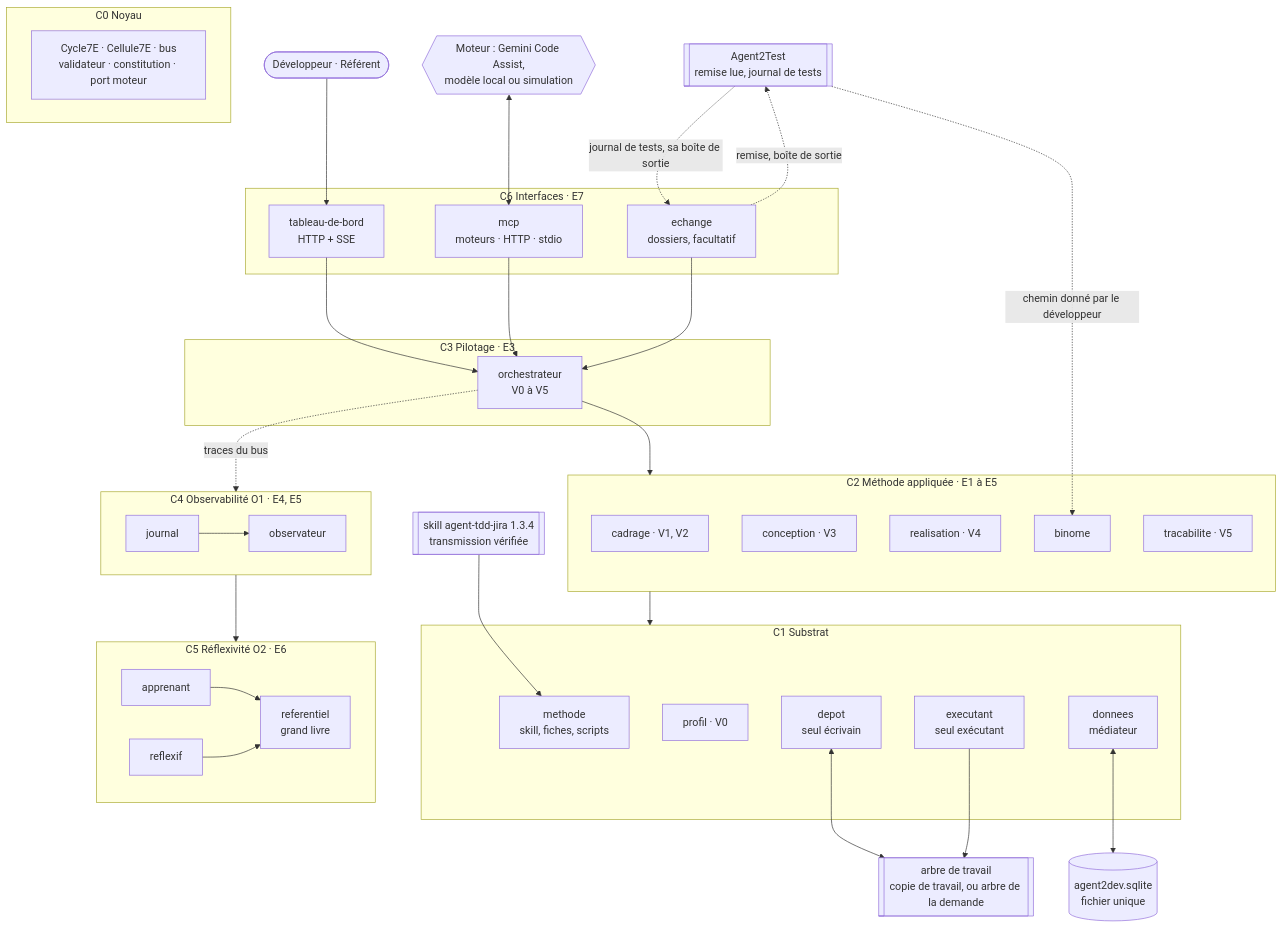
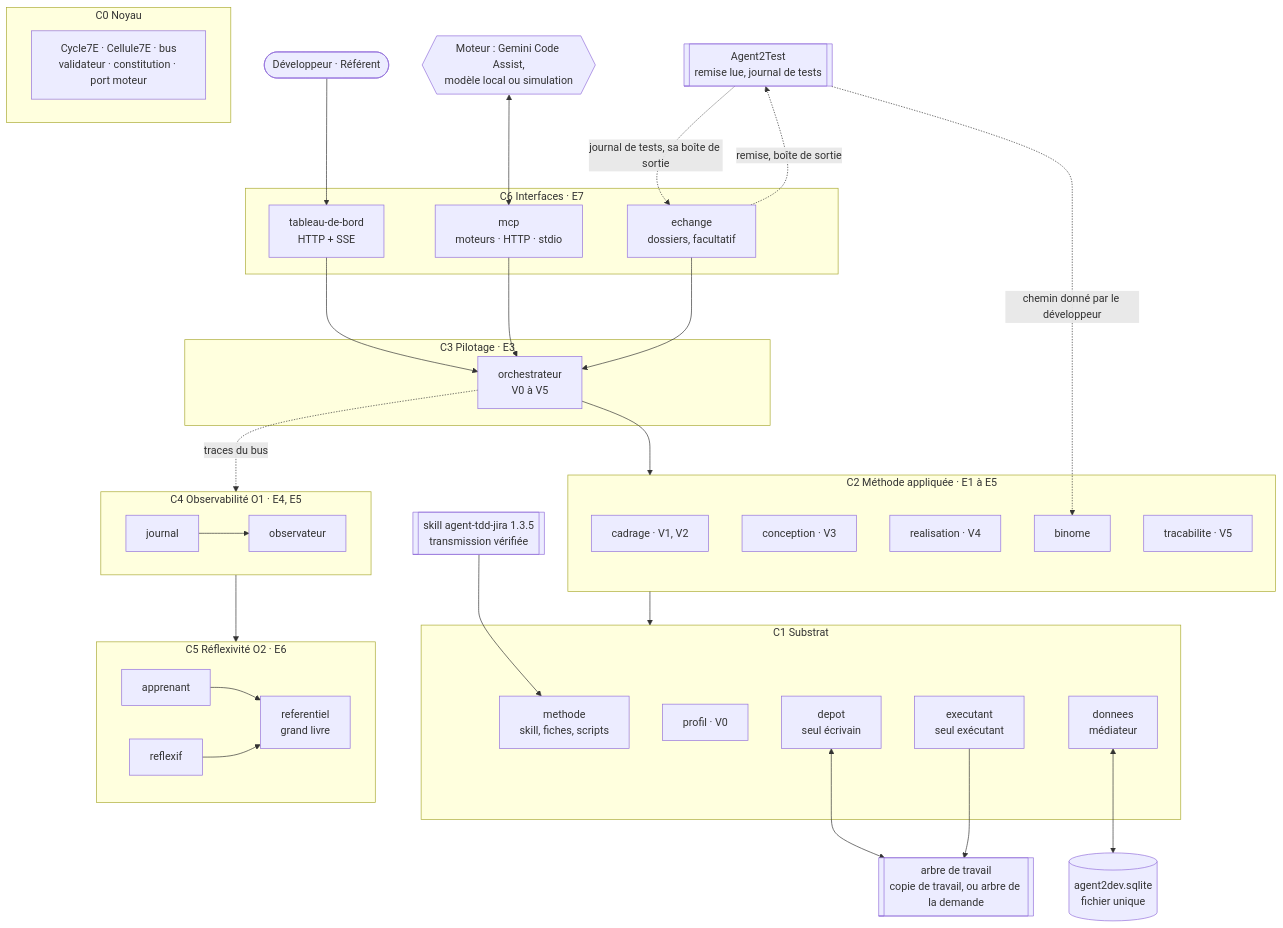
One commit to FredGarcia/Agent2Prompt changed the diagram in specs/agent2dev/SKILL.md. Above: the diagram before and after it, drawn with Mermaid. The commit also changed other lines of this file and 84 other files, not shown here.

````diff
--- a/specs/agent2dev/SKILL.md
+++ b/specs/agent2dev/SKILL.md
@@ -69,57 +69,57 @@
 ```mermaid
 flowchart TB
   DEV(["Développeur · Référent"])
   GEM{{"Moteur : Gemini Code Assist,<br/>modèle local ou simulation"}}
-  SK[["skill agent-tdd-jira 1.3.4<br/>transmission vérifiée"]]
+  SK[["skill agent-tdd-jira 1.3.5<br/>transmission vérifiée"]]
   A2T[["Agent2Test<br/>remise lue, journal de tests"]]
   subgraph C6["C6 Interfaces · E7"]
     TDB["tableau-de-bord<br/>HTTP + SSE"]
     MCP["mcp<br/>moteurs · HTTP · stdio"]
     ECH["echange<br/>dossiers, facultatif"]
   end
   subgraph C3["C3 Pilotage · E3"]
     ORC["orchestrateur<br/>V0 à V5"]
   end
   subgraph C2["C2 Méthode appliquée · E1 à E5"]
     CAD["cadrage · V1, V2"]
     CON["conception · V3"]
     REA["realisation · V4"]
     BIN["binome"]
     TRA["tracabilite · V5"]
   end
   subgraph C1["C1 Substrat"]
     MET["methode<br/>skill, fiches, scripts"]
     PRO["profil · V0"]
     DEP["depot<br/>seul écrivain"]
     EXE["executant<br/>seul exécutant"]
     DON["donnees<br/>médiateur"]
   end
   subgraph C0["C0 Noyau"]
     K["Cycle7E · Cellule7E · bus<br/>validateur · constitution · port moteur"]
   end
   subgraph C4["C4 Observabilité O1 · E4, E5"]
     JRN["journal"] --> OBS["observateur"]
   end
   subgraph C5["C5 Réflexivité O2 · E6"]
     APP["apprenant"] --> REF["referentiel<br/>grand livre"]
     RFX["reflexif"] --> REF
   end
   PROJ[["arbre de travail<br/>copie de travail, ou arbre de la demande"]]
   BDD[("agent2dev.sqlite<br/>fichier unique")]
   DEV --> TDB
   GEM <--> MCP
   TDB --> ORC
   MCP --> ORC
   ECH --> ORC
   ORC --> C2
   C2 --> C1
   SK --> MET
   A2T -.->|"chemin donné par le développeur"| BIN
   ECH -.->|"remise, boîte de sortie"| A2T
   A2T -.->|"journal de tests, sa boîte de sortie"| ECH
   DEP <--> PROJ
   EXE --> PROJ
   DON <--> BDD
   ORC -.->|"traces du bus"| C4
   C4 --> C5
 ```
````
